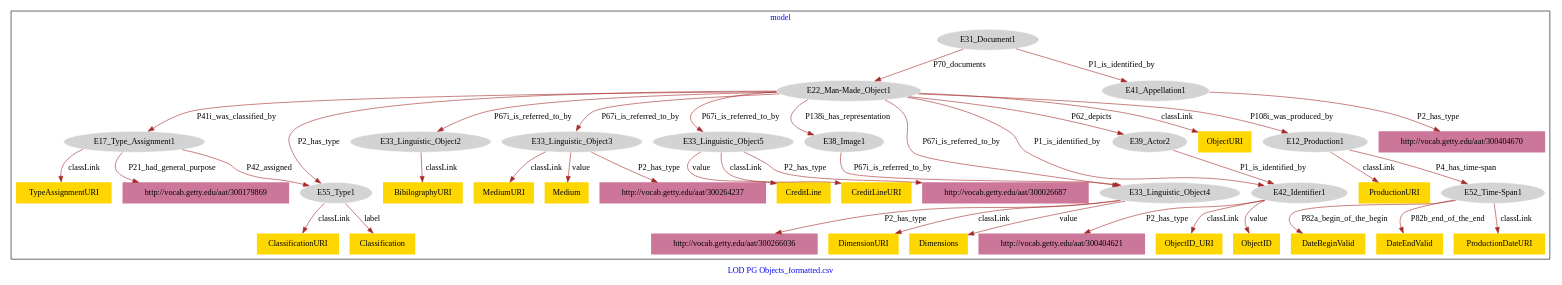
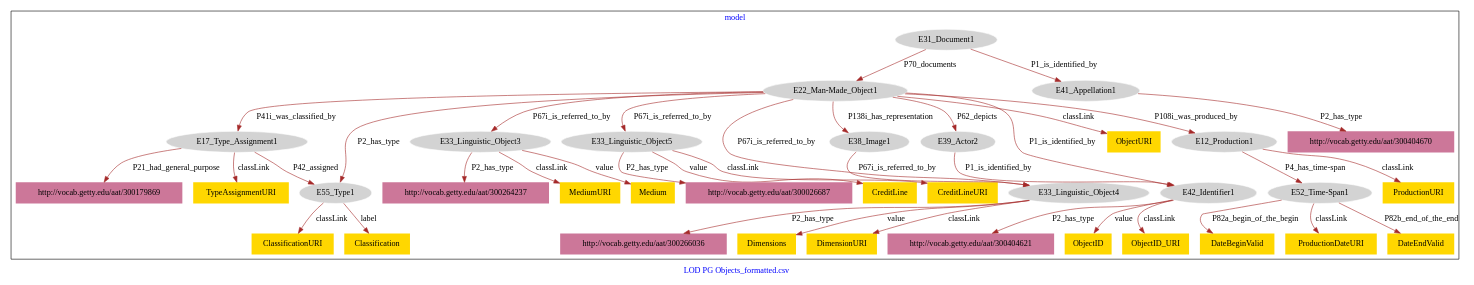
Before and after one commit to american-art/cbm: the diagram in PG_Objects/PG_Objects-model.dot, drawn with Graphviz.

Commit message:
Update file PG_Objects-model.dot

```diff
--- a/PG_Objects/PG_Objects-model.dot
+++ b/PG_Objects/PG_Objects-model.dot
@@ -1,84 +1,80 @@
 digraph n0 {
 fontcolor="blue"
 remincross="true"
 label="LOD PG Objects_formatted.csv"
 subgraph cluster {
 label="model"
 n2[style="filled",color="white",fillcolor="lightgray",label="E12_Production1"];
 n3[style="filled",color="white",fillcolor="lightgray",label="E52_Time-Span1"];
 n4[style="filled",color="white",fillcolor="lightgray",label="E17_Type_Assignment1"];
 n5[style="filled",color="white",fillcolor="lightgray",label="E55_Type1"];
 n6[style="filled",color="white",fillcolor="lightgray",label="E22_Man-Made_Object1"];
-n7[style="filled",color="white",fillcolor="lightgray",label="E33_Linguistic_Object2"];
-n8[style="filled",color="white",fillcolor="lightgray",label="E33_Linguistic_Object3"];
-n9[style="filled",color="white",fillcolor="lightgray",label="E33_Linguistic_Object5"];
-n10[style="filled",color="white",fillcolor="lightgray",label="E38_Image1"];
-n11[style="filled",color="white",fillcolor="lightgray",label="E39_Actor2"];
-n12[style="filled",color="white",fillcolor="lightgray",label="E31_Document1"];
-n13[style="filled",color="white",fillcolor="lightgray",label="E41_Appellation1"];
-n14[style="filled",color="white",fillcolor="lightgray",label="E33_Linguistic_Object4"];
-n15[style="filled",color="white",fillcolor="lightgray",label="E42_Identifier1"];
-n16[shape="plaintext",style="filled",fillcolor="gold",label="CreditLine"];
-n17[shape="plaintext",style="filled",fillcolor="gold",label="TypeAssignmentURI"];
-n18[shape="plaintext",style="filled",fillcolor="gold",label="BibilographyURI"];
-n19[shape="plaintext",style="filled",fillcolor="gold",label="DateEndValid"];
+n7[style="filled",color="white",fillcolor="lightgray",label="E33_Linguistic_Object3"];
+n8[style="filled",color="white",fillcolor="lightgray",label="E33_Linguistic_Object5"];
+n9[style="filled",color="white",fillcolor="lightgray",label="E38_Image1"];
+n10[style="filled",color="white",fillcolor="lightgray",label="E39_Actor2"];
+n11[style="filled",color="white",fillcolor="lightgray",label="E31_Document1"];
+n12[style="filled",color="white",fillcolor="lightgray",label="E41_Appellation1"];
+n13[style="filled",color="white",fillcolor="lightgray",label="E33_Linguistic_Object4"];
+n14[style="filled",color="white",fillcolor="lightgray",label="E42_Identifier1"];
+n15[shape="plaintext",style="filled",fillcolor="gold",label="MediumURI"];
+n16[shape="plaintext",style="filled",fillcolor="gold",label="ProductionURI"];
+n17[shape="plaintext",style="filled",fillcolor="gold",label="ClassificationURI"];
+n18[shape="plaintext",style="filled",fillcolor="gold",label="CreditLine"];
+n19[shape="plaintext",style="filled",fillcolor="gold",label="CreditLineURI"];
 n20[shape="plaintext",style="filled",fillcolor="gold",label="ProductionDateURI"];
-n21[shape="plaintext",style="filled",fillcolor="gold",label="DimensionURI"];
-n22[shape="plaintext",style="filled",fillcolor="gold",label="DateBeginValid"];
-n23[shape="plaintext",style="filled",fillcolor="gold",label="ObjectURI"];
-n24[shape="plaintext",style="filled",fillcolor="gold",label="CreditLineURI"];
-n25[shape="plaintext",style="filled",fillcolor="gold",label="ObjectID_URI"];
-n26[shape="plaintext",style="filled",fillcolor="gold",label="ObjectID"];
-n27[shape="plaintext",style="filled",fillcolor="gold",label="MediumURI"];
-n28[shape="plaintext",style="filled",fillcolor="gold",label="Medium"];
-n29[shape="plaintext",style="filled",fillcolor="gold",label="ClassificationURI"];
-n30[shape="plaintext",style="filled",fillcolor="gold",label="ProductionURI"];
-n31[shape="plaintext",style="filled",fillcolor="gold",label="Dimensions"];
-n32[shape="plaintext",style="filled",fillcolor="gold",label="Classification"];
-n33[shape="plaintext",style="filled",fillcolor="#CC7799",label="http://vocab.getty.edu/aat/300026687"];
-n34[shape="plaintext",style="filled",fillcolor="#CC7799",label="http://vocab.getty.edu/aat/300264237"];
-n35[shape="plaintext",style="filled",fillcolor="#CC7799",label="http://vocab.getty.edu/aat/300404621"];
-n36[shape="plaintext",style="filled",fillcolor="#CC7799",label="http://vocab.getty.edu/aat/300179869"];
-n37[shape="plaintext",style="filled",fillcolor="#CC7799",label="http://vocab.getty.edu/aat/300266036"];
-n38[shape="plaintext",style="filled",fillcolor="#CC7799",label="http://vocab.getty.edu/aat/300404670"];
+n21[shape="plaintext",style="filled",fillcolor="gold",label="Medium"];
+n22[shape="plaintext",style="filled",fillcolor="gold",label="ObjectURI"];
+n23[shape="plaintext",style="filled",fillcolor="gold",label="TypeAssignmentURI"];
+n24[shape="plaintext",style="filled",fillcolor="gold",label="DateEndValid"];
+n25[shape="plaintext",style="filled",fillcolor="gold",label="ObjectID"];
+n26[shape="plaintext",style="filled",fillcolor="gold",label="DateBeginValid"];
+n27[shape="plaintext",style="filled",fillcolor="gold",label="ObjectID_URI"];
+n28[shape="plaintext",style="filled",fillcolor="gold",label="Dimensions"];
+n29[shape="plaintext",style="filled",fillcolor="gold",label="DimensionURI"];
+n30[shape="plaintext",style="filled",fillcolor="gold",label="Classification"];
+n31[shape="plaintext",style="filled",fillcolor="#CC7799",label="http://vocab.getty.edu/aat/300026687"];
+n32[shape="plaintext",style="filled",fillcolor="#CC7799",label="http://vocab.getty.edu/aat/300264237"];
+n33[shape="plaintext",style="filled",fillcolor="#CC7799",label="http://vocab.getty.edu/aat/300404621"];
+n34[shape="plaintext",style="filled",fillcolor="#CC7799",label="http://vocab.getty.edu/aat/300179869"];
+n35[shape="plaintext",style="filled",fillcolor="#CC7799",label="http://vocab.getty.edu/aat/300266036"];
+n36[shape="plaintext",style="filled",fillcolor="#CC7799",label="http://vocab.getty.edu/aat/300404670"];
 }
 n2 -> n3[color="brown",fontcolor="black",label="P4_has_time-span"]
 n4 -> n5[color="brown",fontcolor="black",label="P42_assigned"]
 n6 -> n2[color="brown",fontcolor="black",label="P108i_was_produced_by"]
 n6 -> n4[color="brown",fontcolor="black",label="P41i_was_classified_by"]
 n6 -> n7[color="brown",fontcolor="black",label="P67i_is_referred_to_by"]
 n6 -> n8[color="brown",fontcolor="black",label="P67i_is_referred_to_by"]
-n6 -> n9[color="brown",fontcolor="black",label="P67i_is_referred_to_by"]
-n6 -> n10[color="brown",fontcolor="black",label="P138i_has_representation"]
-n6 -> n11[color="brown",fontcolor="black",label="P62_depicts"]
-n12 -> n6[color="brown",fontcolor="black",label="P70_documents"]
-n12 -> n13[color="brown",fontcolor="black",label="P1_is_identified_by"]
-n10 -> n14[color="brown",fontcolor="black",label="P67i_is_referred_to_by"]
-n11 -> n15[color="brown",fontcolor="black",label="P1_is_identified_by"]
-n9 -> n16[color="brown",fontcolor="black",label="value"]
-n4 -> n17[color="brown",fontcolor="black",label="classLink"]
-n7 -> n18[color="brown",fontcolor="black",label="classLink"]
-n3 -> n19[color="brown",fontcolor="black",label="P82b_end_of_the_end"]
+n6 -> n9[color="brown",fontcolor="black",label="P138i_has_representation"]
+n6 -> n10[color="brown",fontcolor="black",label="P62_depicts"]
+n11 -> n6[color="brown",fontcolor="black",label="P70_documents"]
+n11 -> n12[color="brown",fontcolor="black",label="P1_is_identified_by"]
+n9 -> n13[color="brown",fontcolor="black",label="P67i_is_referred_to_by"]
+n10 -> n14[color="brown",fontcolor="black",label="P1_is_identified_by"]
+n7 -> n15[color="brown",fontcolor="black",label="classLink"]
+n2 -> n16[color="brown",fontcolor="black",label="classLink"]
+n5 -> n17[color="brown",fontcolor="black",label="classLink"]
+n8 -> n18[color="brown",fontcolor="black",label="value"]
+n8 -> n19[color="brown",fontcolor="black",label="classLink"]
 n3 -> n20[color="brown",fontcolor="black",label="classLink"]
-n14 -> n21[color="brown",fontcolor="black",label="classLink"]
-n3 -> n22[color="brown",fontcolor="black",label="P82a_begin_of_the_begin"]
-n6 -> n23[color="brown",fontcolor="black",label="classLink"]
-n9 -> n24[color="brown",fontcolor="black",label="classLink"]
-n15 -> n25[color="brown",fontcolor="black",label="classLink"]
-n15 -> n26[color="brown",fontcolor="black",label="value"]
-n8 -> n27[color="brown",fontcolor="black",label="classLink"]
-n8 -> n28[color="brown",fontcolor="black",label="value"]
-n5 -> n29[color="brown",fontcolor="black",label="classLink"]
-n2 -> n30[color="brown",fontcolor="black",label="classLink"]
-n14 -> n31[color="brown",fontcolor="black",label="value"]
-n5 -> n32[color="brown",fontcolor="black",label="label"]
-n9 -> n33[color="brown",fontcolor="black",label="P2_has_type"]
-n8 -> n34[color="brown",fontcolor="black",label="P2_has_type"]
+n7 -> n21[color="brown",fontcolor="black",label="value"]
+n6 -> n22[color="brown",fontcolor="black",label="classLink"]
+n4 -> n23[color="brown",fontcolor="black",label="classLink"]
+n3 -> n24[color="brown",fontcolor="black",label="P82b_end_of_the_end"]
+n14 -> n25[color="brown",fontcolor="black",label="value"]
+n3 -> n26[color="brown",fontcolor="black",label="P82a_begin_of_the_begin"]
+n14 -> n27[color="brown",fontcolor="black",label="classLink"]
+n13 -> n28[color="brown",fontcolor="black",label="value"]
+n13 -> n29[color="brown",fontcolor="black",label="classLink"]
+n5 -> n30[color="brown",fontcolor="black",label="label"]
+n8 -> n31[color="brown",fontcolor="black",label="P2_has_type"]
+n7 -> n32[color="brown",fontcolor="black",label="P2_has_type"]
 n6 -> n5[color="brown",fontcolor="black",label="P2_has_type"]
-n15 -> n35[color="brown",fontcolor="black",label="P2_has_type"]
-n6 -> n15[color="brown",fontcolor="black",label="P1_is_identified_by"]
-n6 -> n14[color="brown",fontcolor="black",label="P67i_is_referred_to_by"]
-n4 -> n36[color="brown",fontcolor="black",label="P21_had_general_purpose"]
-n14 -> n37[color="brown",fontcolor="black",label="P2_has_type"]
-n13 -> n38[color="brown",fontcolor="black",label="P2_has_type"]
+n14 -> n33[color="brown",fontcolor="black",label="P2_has_type"]
+n6 -> n14[color="brown",fontcolor="black",label="P1_is_identified_by"]
+n6 -> n13[color="brown",fontcolor="black",label="P67i_is_referred_to_by"]
+n4 -> n34[color="brown",fontcolor="black",label="P21_had_general_purpose"]
+n13 -> n35[color="brown",fontcolor="black",label="P2_has_type"]
+n12 -> n36[color="brown",fontcolor="black",label="P2_has_type"]
 }
```
